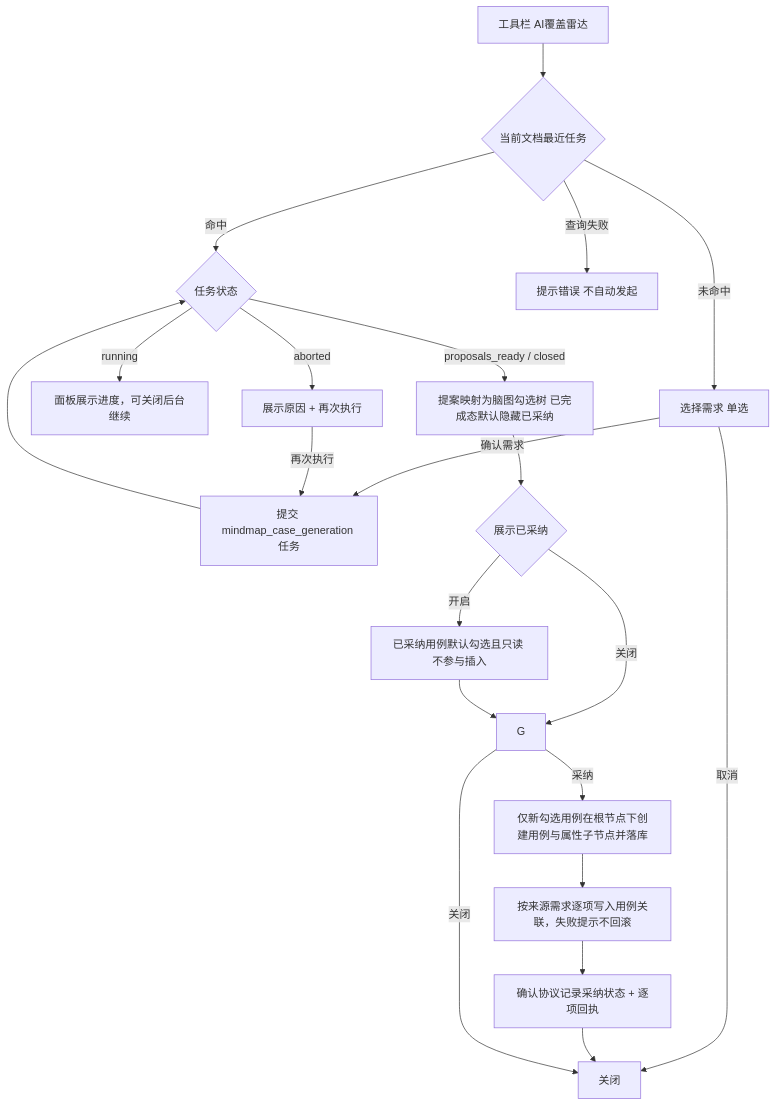
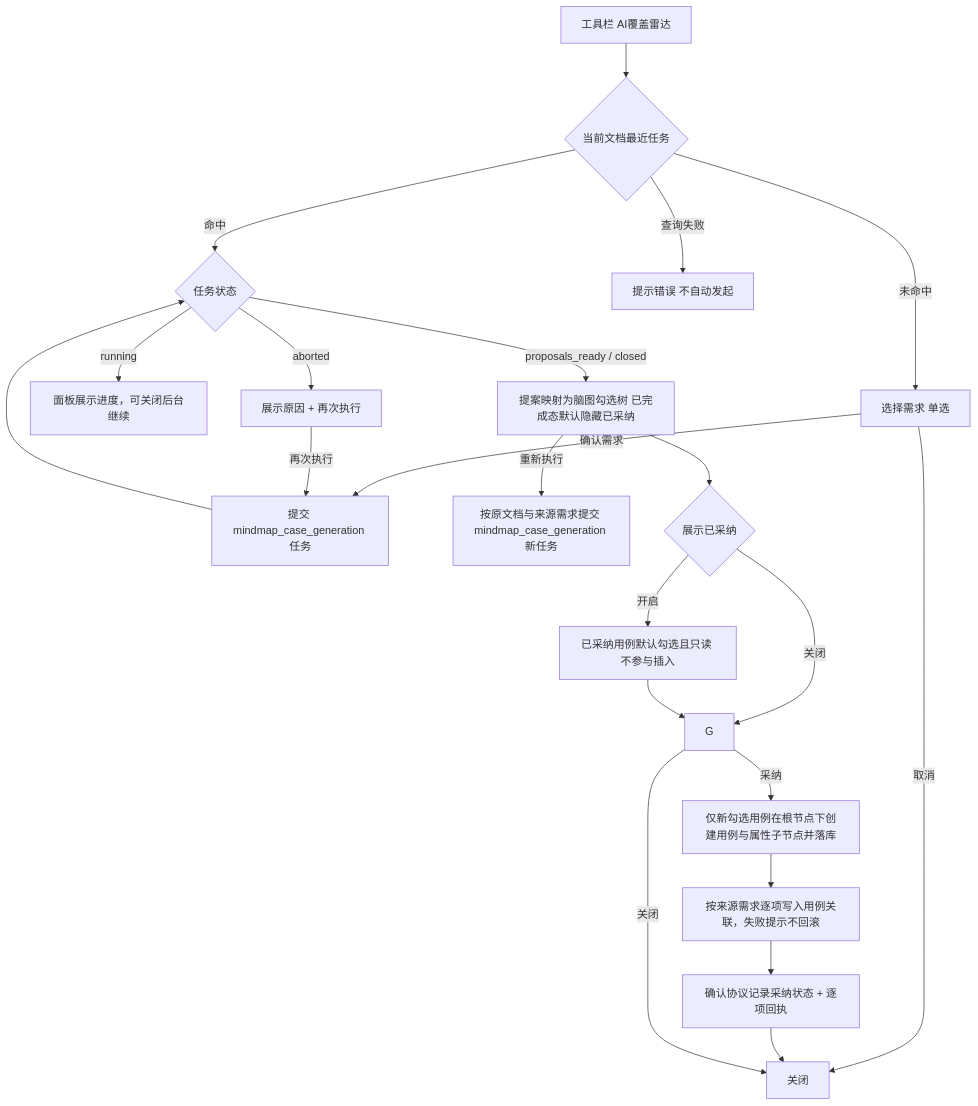
One commit to XiaoMiSum/robotest changed the second of 2 diagrams in docs/05-interaction-design/07-ai-capability/07-assisted-features-ui.md. Above: the diagram before and after it, drawn with Mermaid. The commit also changed other lines of this file and 9 other files, not shown here.

````diff
--- a/docs/05-interaction-design/07-ai-capability/07-assisted-features-ui.md
+++ b/docs/05-interaction-design/07-ai-capability/07-assisted-features-ui.md
@@ -182,23 +183,24 @@
 ```mermaid
 flowchart TD
   A[工具栏 AI覆盖雷达] --> Q{当前文档最近任务}
   Q -- 命中 --> D{任务状态}
   Q -- 未命中 --> B[选择需求 单选]
   Q -- 查询失败 --> X[提示错误 不自动发起]
   B -- 取消 --> Z[关闭]
   B -- 确认需求 --> C[提交 mindmap_case_generation 任务]
   C --> D
   D -- running --> P[面板展示进度，可关闭后台继续]
   D -- aborted --> E[展示原因 + 再次执行]
   D -- proposals_ready / closed --> F[提案映射为脑图勾选树 已完成态默认隐藏已采纳]
-  F --> F2{展示已采纳}
+  F -- 重新执行 --> C2[按原文档与来源需求提交 mindmap_case_generation 新任务]
+   F --> F2{展示已采纳}
   F2 -- 开启 --> F3[已采纳用例默认勾选且只读 不参与插入]
   F2 -- 关闭 --> G
   F3 --> G
   G -- 采纳 --> H[仅新勾选用例在根节点下创建用例与属性子节点并落库]
   H --> H2[按来源需求逐项写入用例关联，失败提示不回滚]
    H2 --> I[确认协议记录采纳状态 + 逐项回执]
   I --> Z
   G -- 关闭 --> Z
   E -- 再次执行 --> C
 ```
````
